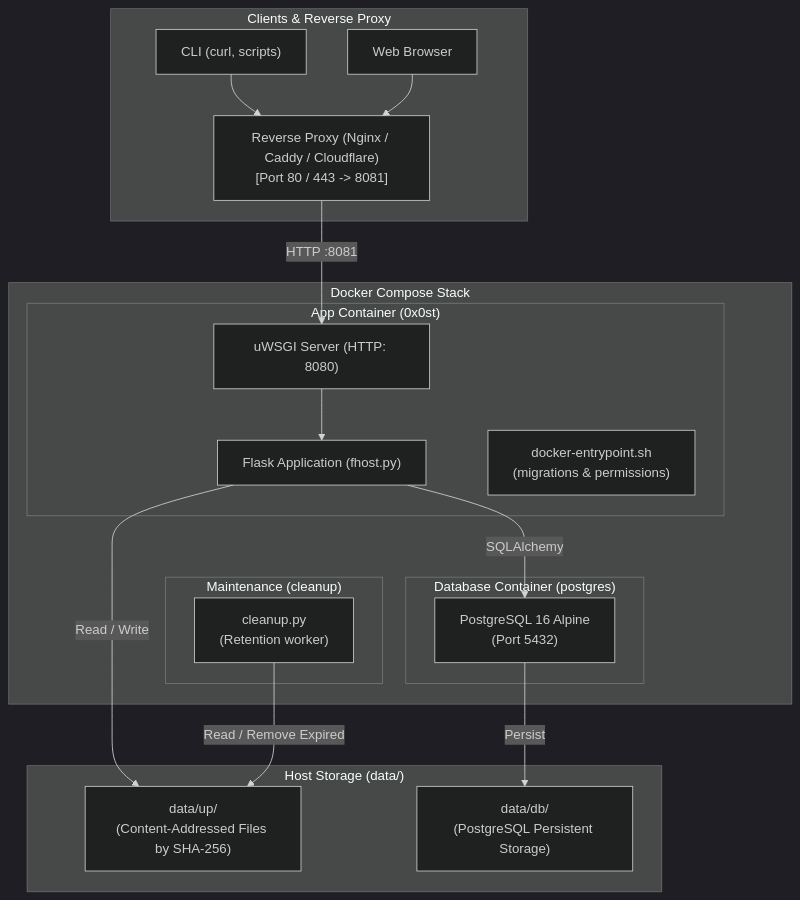
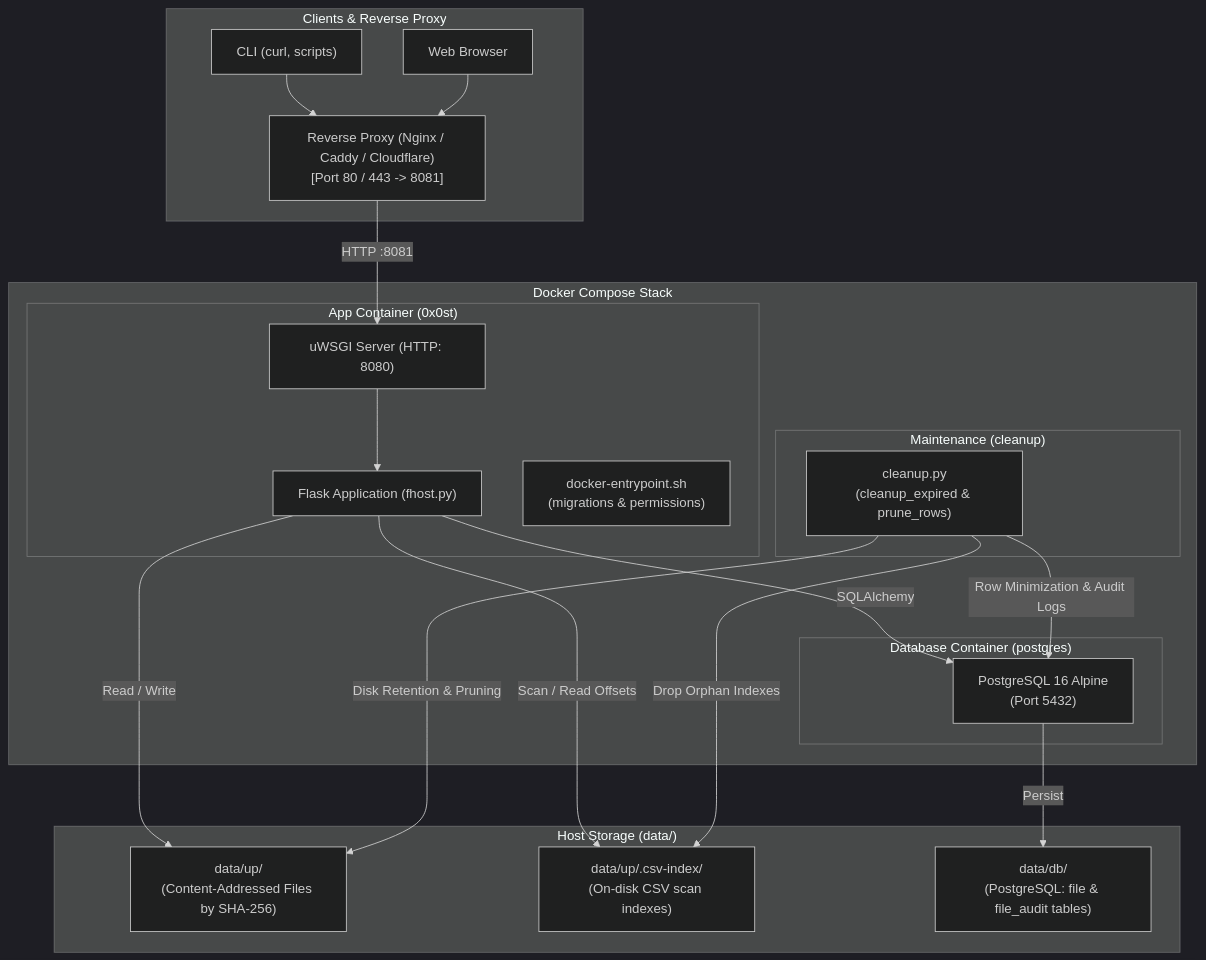
The first of 4 diagrams in docs/architecture.md (hattapauzi/0x0-dockerized), drawn with Mermaid (dark theme) before and after one commit. The commit also changed other lines of this file and 6 other files, not shown here.

````diff
--- a/docs/architecture.md
+++ b/docs/architecture.md
@@ -25,39 +26,43 @@
 ```mermaid
 flowchart TD
     subgraph ClientLayer["Clients & Reverse Proxy"]
         CLI["CLI (curl, scripts)"]
         BROWSER["Web Browser"]
         PROXY["Reverse Proxy (Nginx / Caddy / Cloudflare)\n[Port 80 / 443 -> 8081]"]
     end
 
     subgraph DockerCompose["Docker Compose Stack"]
         subgraph AppService["App Container (0x0st)"]
             UWSGI["uWSGI Server (HTTP: 8080)"]
             FLASK["Flask Application (fhost.py)"]
             ENTRY["docker-entrypoint.sh\n(migrations & permissions)"]
         end
 
         subgraph DbService["Database Container (postgres)"]
             PG["PostgreSQL 16 Alpine\n(Port 5432)"]
         end
 
         subgraph MaintenanceService["Maintenance (cleanup)"]
-            CLEAN["cleanup.py\n(Retention worker)"]
+        CLEAN["cleanup.py\n(cleanup_expired & prune_rows)"]
         end
     end
 
     subgraph HostStorage["Host Storage (data/)"]
         UP_DIR["data/up/\n(Content-Addressed Files by SHA-256)"]
-        DB_DIR["data/db/\n(PostgreSQL Persistent Storage)"]
+        INDEX_DIR["data/up/.csv-index/\n(On-disk CSV scan indexes)"]
+        DB_DIR["data/db/\n(PostgreSQL: file & file_audit tables)"]
     end
 
     CLI --> PROXY
     BROWSER --> PROXY
     PROXY -->|HTTP :8081| UWSGI
 
     UWSGI --> FLASK
     FLASK -->|SQLAlchemy| PG
     FLASK -->|Read / Write| UP_DIR
+    FLASK -->|Scan / Read Offsets| INDEX_DIR
     PG -->|Persist| DB_DIR
-    CLEAN -->|Read / Remove Expired| UP_DIR
+    CLEAN -->|Disk Retention & Pruning| UP_DIR
+    CLEAN -->|Drop Orphan Indexes| INDEX_DIR
+    CLEAN -->|Row Minimization & Audit Logs| PG
 ```
````
